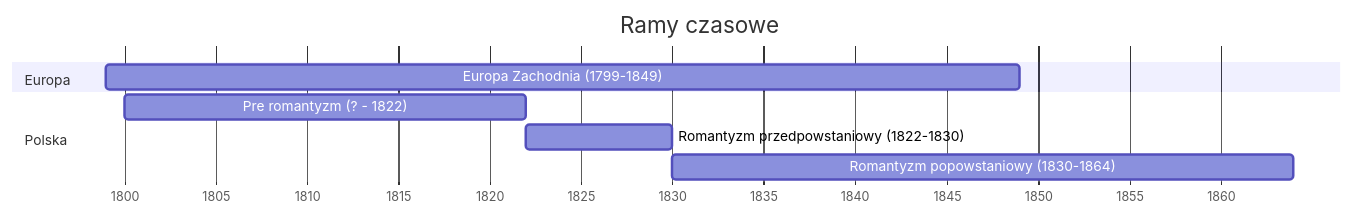
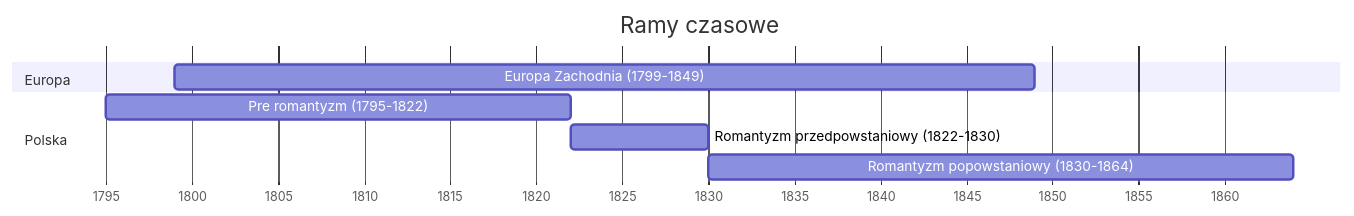
The diagram in Romantyzm/1. Romantyzm, czyli inna nowoczesność.md (CheryX/notes), drawn with Mermaid before and after one commit. The commit also changed other lines of this file and 4 other files, not shown here.

````diff
--- a/Romantyzm/1. Romantyzm, czyli inna nowoczesność.md
+++ b/Romantyzm/1. Romantyzm, czyli inna nowoczesność.md
@@ -2,14 +2,14 @@
 ```mermaid
 gantt
     title Ramy czasowe
     dateFormat  YYYY
     axisFormat %Y
 
 	section Europa
     Europa Zachodnia (1799-1849) : 1799, 18250d
     
     section Polska
-    Pre romantyzm (? - 1822) : 1800, 8030d
+    Pre romantyzm (1795-1822) : 1795, 9855d
     Romantyzm przedpowstaniowy (1822-1830) : 1822, 2920d
     Romantyzm popowstaniowy (1830-1864) : 1830, 12410d
 ```
````
